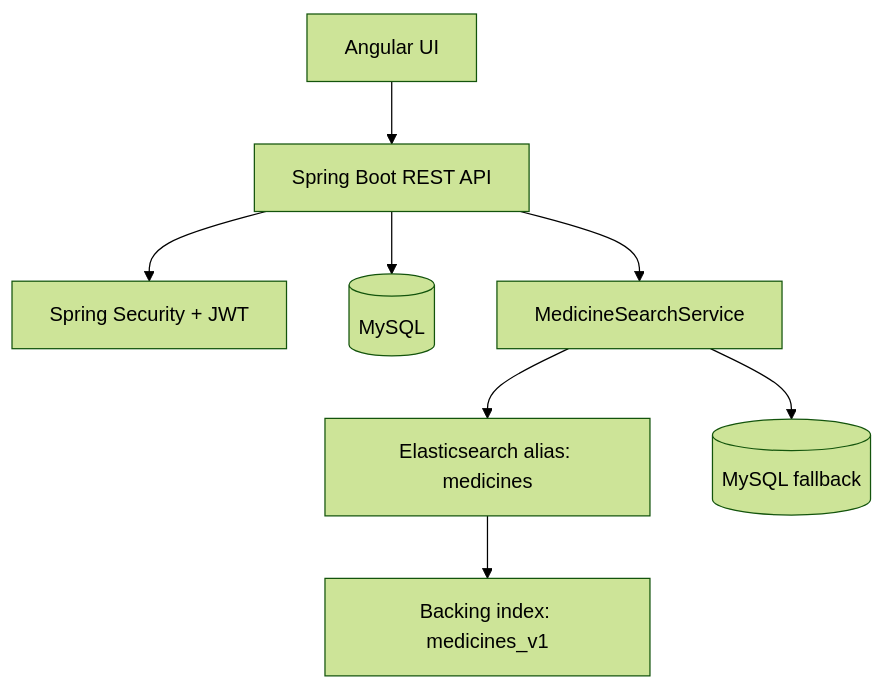
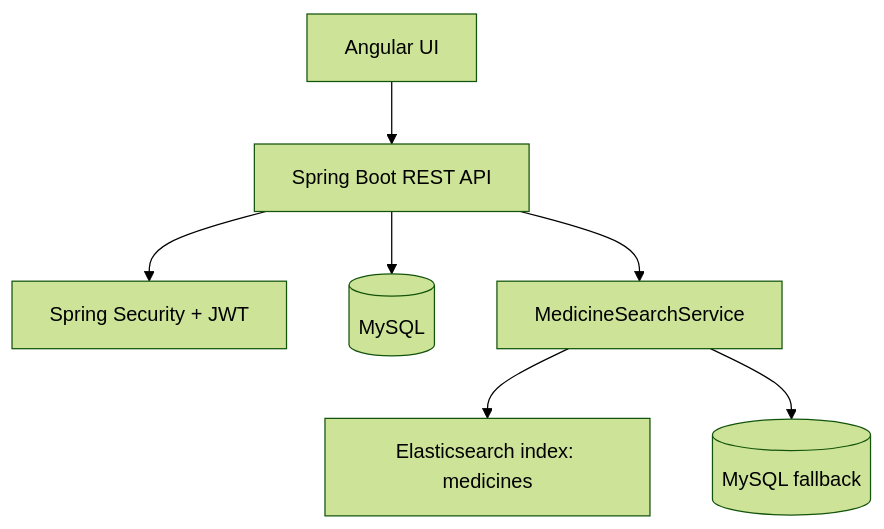
One commit to viharchudasama-artemhealthtech/HMS-Elastic changed the first of 6 diagrams in README.md. Above: the diagram before and after it, drawn with Mermaid (forest theme). The commit also changed other lines of this file, not shown here.

````diff
--- a/README.md
+++ b/README.md
@@ -20,10 +20,9 @@
 ```mermaid
 flowchart TD
     UI[Angular UI] --> API[Spring Boot REST API]
     API --> AUTH[Spring Security + JWT]
     API --> MYSQL[(MySQL)]
     API --> SEARCH[MedicineSearchService]
-    SEARCH --> ES_ALIAS[Elasticsearch alias: medicines]
-    ES_ALIAS --> ES_INDEX[Backing index: medicines_v1]
+    SEARCH --> ES_INDEX[Elasticsearch index: medicines]
     SEARCH --> MYSQL_FALLBACK[(MySQL fallback)]
 ```
````
